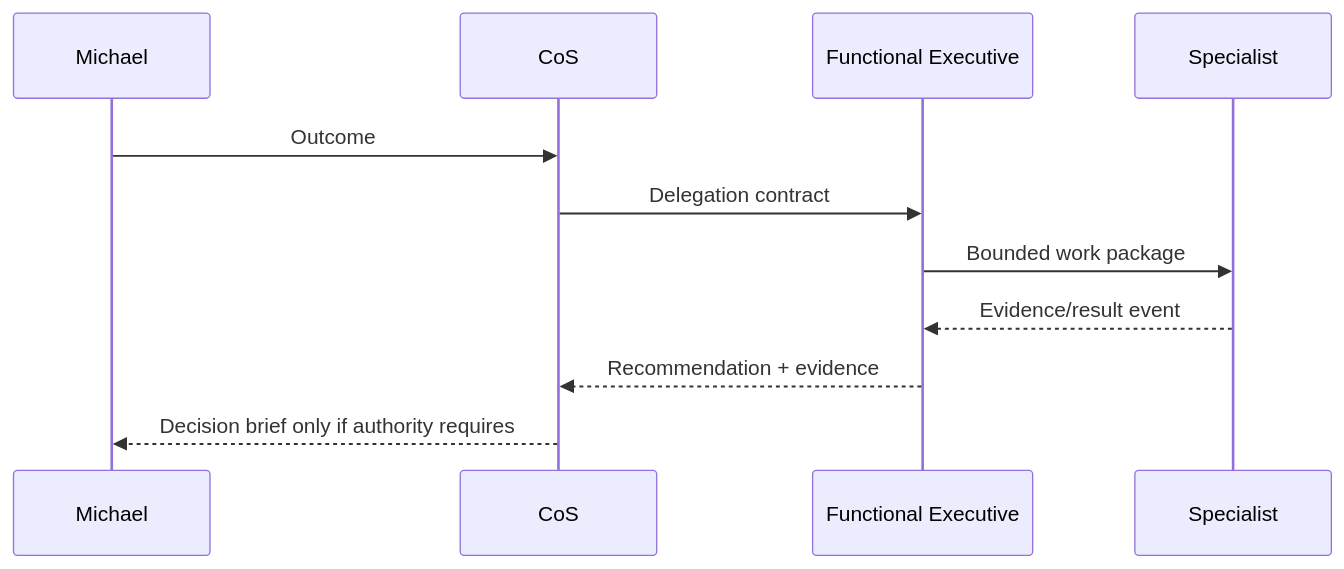
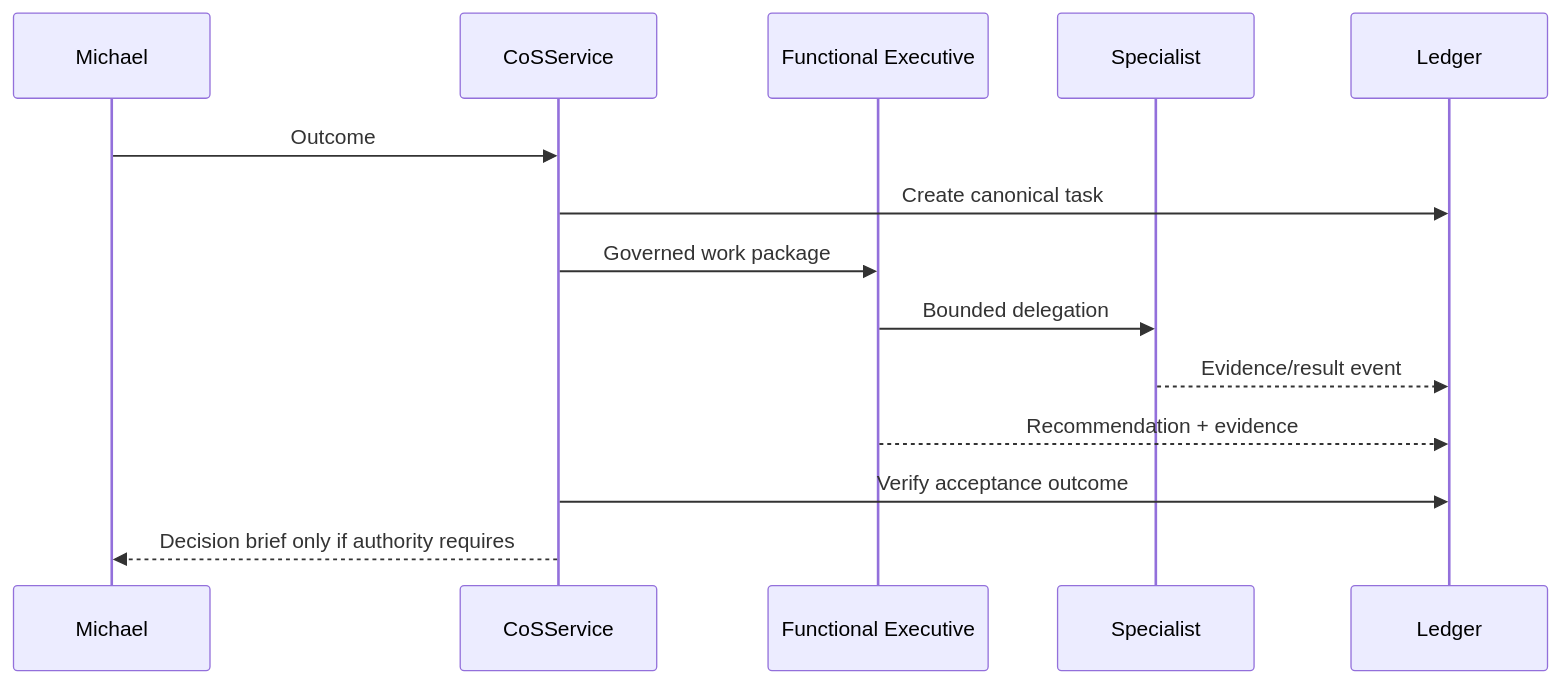
One commit to mkleinbe/mesh-ai-agent-cos-universe changed the fourth of 7 diagrams in docs/architecture.md. Above: the diagram before and after it, drawn with Mermaid. The commit also changed other lines of this file, not shown here.

Commit message:
docs: align architecture with Phase 1 executable services

````diff
--- a/docs/architecture.md
+++ b/docs/architecture.md
@@ -36,13 +76,16 @@
 ```mermaid
 sequenceDiagram
   participant M as Michael
-  participant C as CoS
+  participant C as CoSService
   participant X as Functional Executive
   participant W as Specialist
+  participant L as Ledger
   M->>C: Outcome
-  C->>X: Delegation contract
-  X->>W: Bounded work package
-  W-->>X: Evidence/result event
-  X-->>C: Recommendation + evidence
+  C->>L: Create canonical task
+  C->>X: Governed work package
+  X->>W: Bounded delegation
+  W-->>L: Evidence/result event
+  X-->>L: Recommendation + evidence
+  C->>L: Verify acceptance outcome
   C-->>M: Decision brief only if authority requires
 ```
````
